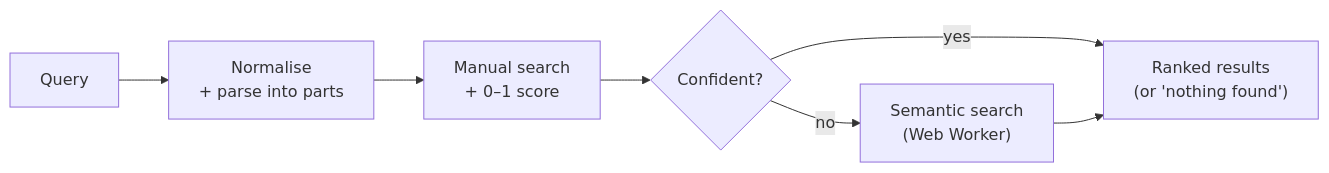
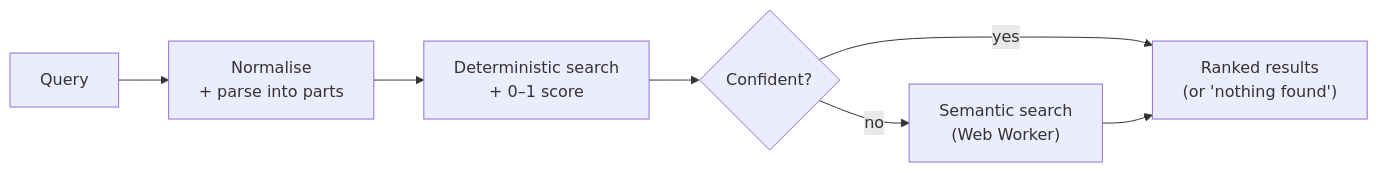
One commit to barfaoui/pokedex changed the second of 2 diagrams in docs/03-tech-spec.md. Above: the diagram before and after it, drawn with Mermaid. The commit also changed other lines of this file and 27 other files, not shown here.

````diff
--- a/docs/03-tech-spec.md
+++ b/docs/03-tech-spec.md
@@ -70,9 +70,9 @@
 ```mermaid
 flowchart LR
     Q["Query"] --> P["Normalise<br/>+ parse into parts"]
-    P --> M["Manual search<br/>+ 0–1 score"]
+    P --> M["Deterministic search<br/>+ 0–1 score"]
     M --> C{"Confident?"}
     C -- yes --> R["Ranked results<br/>(or 'nothing found')"]
     C -- no --> S["Semantic search<br/>(Web Worker)"]
     S --> R
 ```
````
